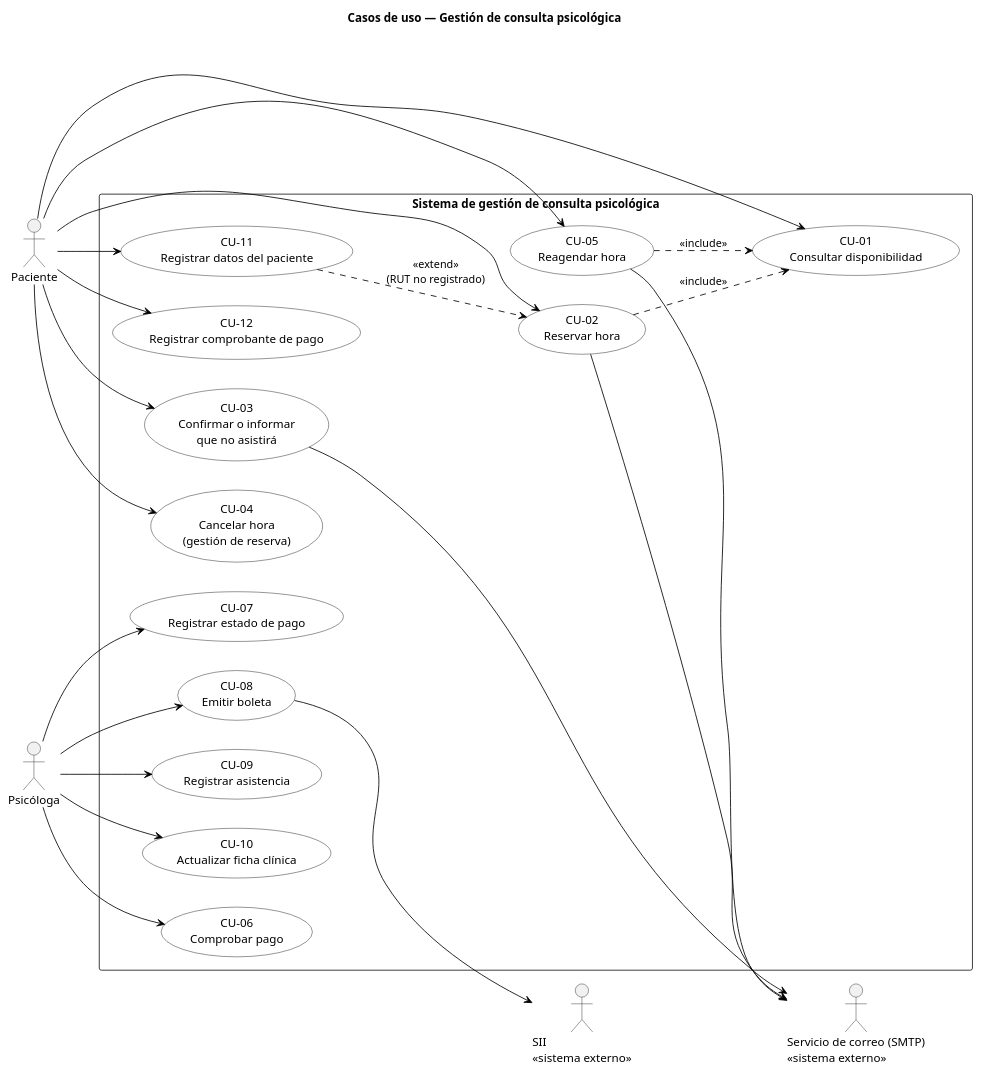
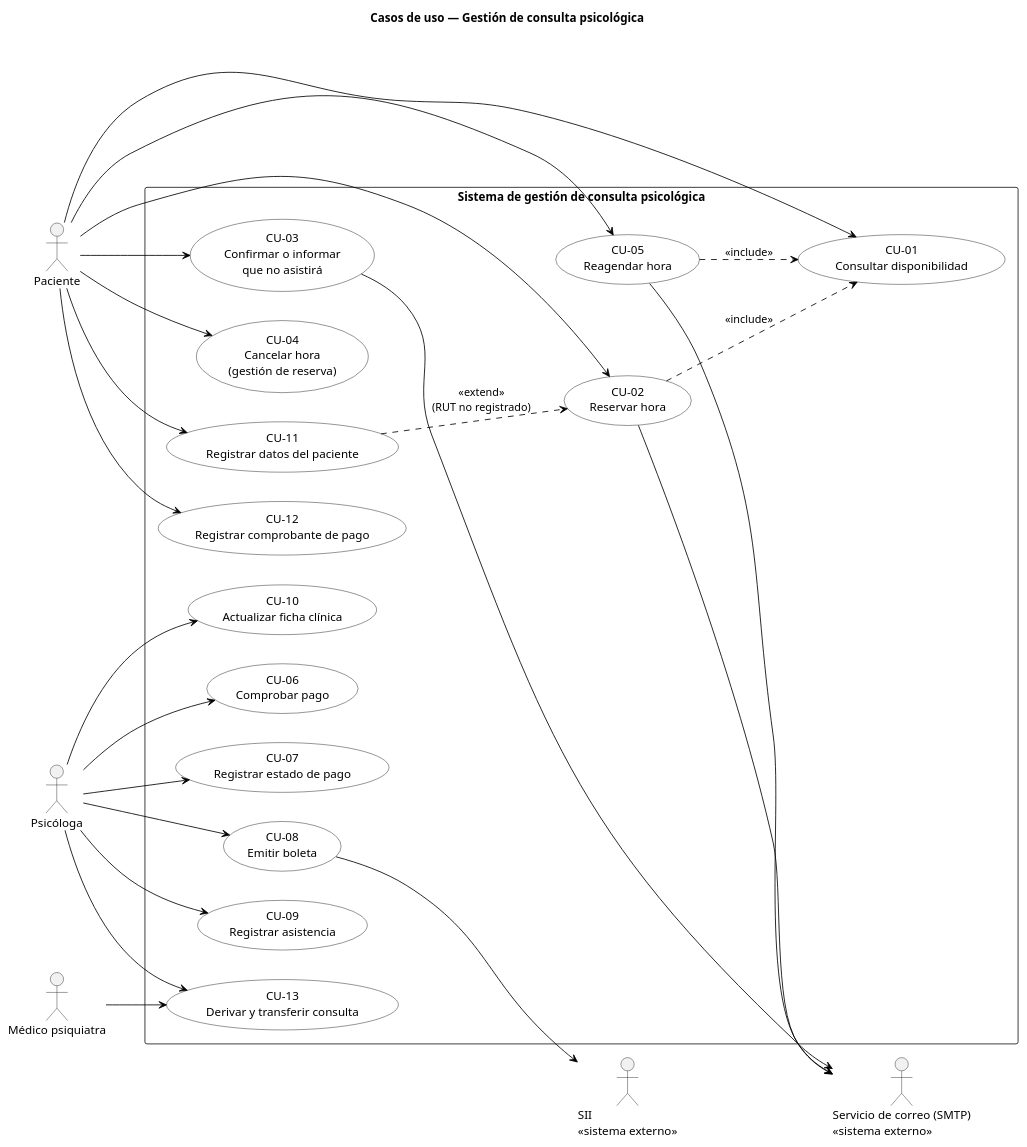
One commit to gestion-consulta-psicologica/ingenieria-requisitos changed the diagram in diagramas/casos-de-uso.puml. Above: the diagram before and after it, drawn with PlantUML. The commit also changed 46 other files, not shown here.

```diff
--- a/diagramas/casos-de-uso.puml
+++ b/diagramas/casos-de-uso.puml
@@ -1,58 +1,62 @@
 @startuml casos-de-uso
 ' Diagrama de casos de uso — UML 2.0
 left to right direction
 skinparam shadowing false
 skinparam actorStyle stick
 skinparam packageStyle rectangle
 skinparam usecase {
   BackgroundColor White
   BorderColor Black
   ArrowColor Black
 }
 
 title Casos de uso — Gestión de consulta psicológica
 
 actor "Paciente" as PAC
 actor "Psicóloga" as PSI
+actor "Médico psiquiatra" as MED
 actor "Servicio de correo (SMTP)\n<<sistema externo>>" as MSJ
 actor "SII\n<<sistema externo>>" as SII
 
 rectangle "Sistema de gestión de consulta psicológica" {
   usecase "CU-01\nConsultar disponibilidad" as CU01
   usecase "CU-02\nReservar hora" as CU02
   usecase "CU-03\nConfirmar o informar\nque no asistirá" as CU03
   usecase "CU-04\nCancelar hora\n(gestión de reserva)" as CU04
   usecase "CU-05\nReagendar hora" as CU05
   usecase "CU-06\nComprobar pago" as CU06
   usecase "CU-07\nRegistrar estado de pago" as CU07
   usecase "CU-08\nEmitir boleta" as CU08
   usecase "CU-09\nRegistrar asistencia" as CU09
   usecase "CU-10\nActualizar ficha clínica" as CU10
   usecase "CU-11\nRegistrar datos del paciente" as CU11
   usecase "CU-12\nRegistrar comprobante de pago" as CU12
+  usecase "CU-13\nDerivar y transferir consulta" as CU13
 }
 
 PAC --> CU01
 PAC --> CU02
 PAC --> CU03
 PAC --> CU04
 PAC --> CU05
 PAC --> CU11
 PAC --> CU12
 
 PSI --> CU06
 PSI --> CU07
 PSI --> CU08
 PSI --> CU09
 PSI --> CU10
+PSI --> CU13
+MED --> CU13
 
 CU02 ..> CU01 : <<include>>
 CU05 ..> CU01 : <<include>>
 CU11 ..> CU02 : <<extend>>\n(RUT no registrado)
 ' CU-03 cubre ambas respuestas; CU-04 es cancelación independiente desde la gestión de la reserva.
 
 CU02 --> MSJ
 CU03 --> MSJ
 CU05 --> MSJ
 CU08 --> SII
 @enduml
```
